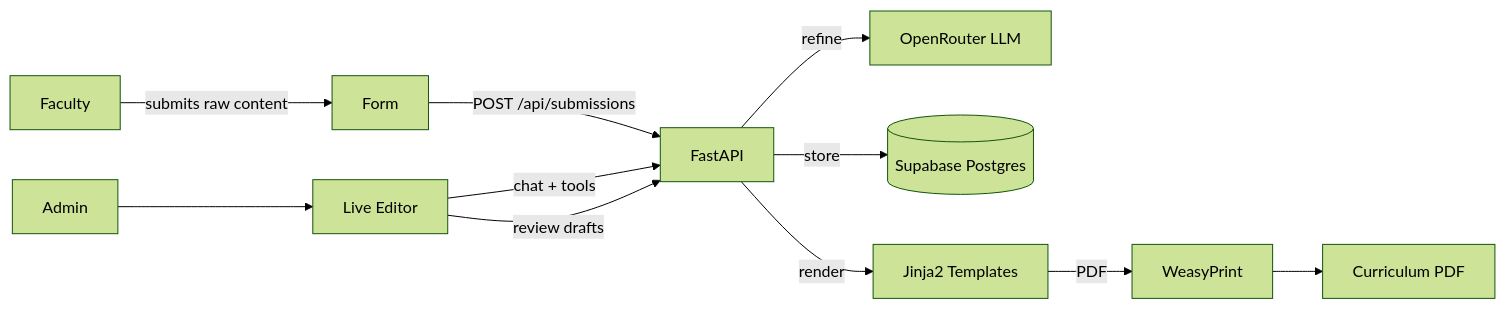
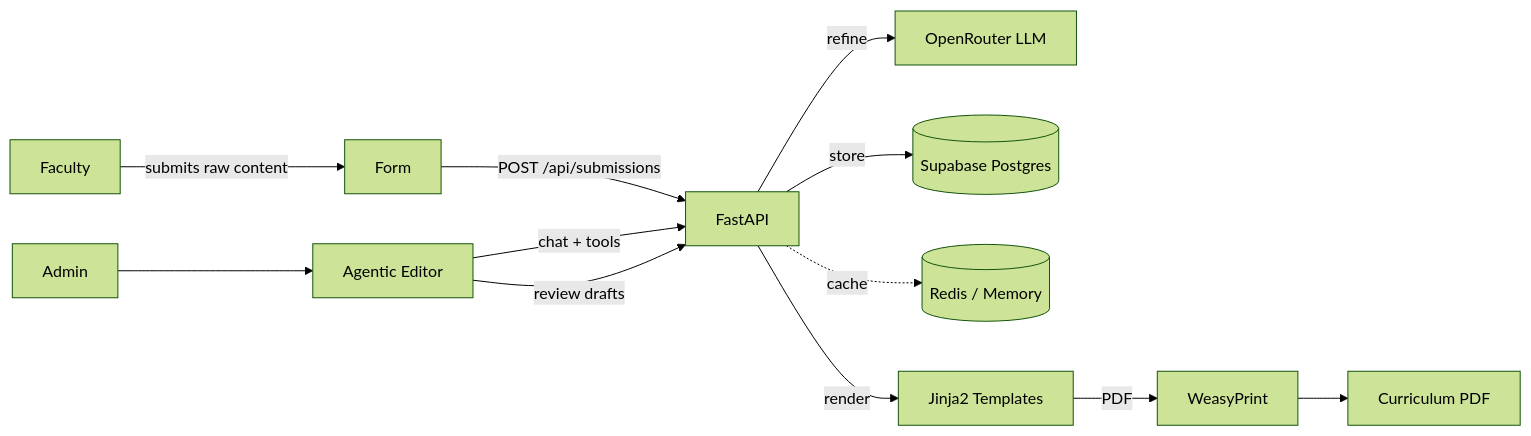
The diagram in README.md (LonelyGuy-SE1/PESU-Curriculum-Automation), drawn with Mermaid (forest theme) before and after one commit. The commit also changed other lines of this file and 6 other files, not shown here.

Commit message:
docs update + ruff fix + live editor individual course fix

````diff
--- a/README.md
+++ b/README.md
@@ -39,14 +39,15 @@
 ```mermaid
 flowchart LR
     F[Faculty] -->|submits raw content| Form[Form]
     Form -->|POST /api/submissions| API[FastAPI]
     API -->|refine| LLM[OpenRouter LLM]
     API -->|store| DB[(Supabase Postgres)]
+    API -.->|cache| Cache[(Redis / Memory)]
 
-    Admin[Admin] --> Editor[Live Editor]
+    Admin[Admin] --> Editor[Agentic Editor]
     Editor -->|chat + tools| API
     Editor -->|review drafts| API
     API -->|render| Jinja2[Jinja2 Templates]
     Jinja2 -->|PDF| WeasyPrint[WeasyPrint]
     WeasyPrint --> PDF[Curriculum PDF]
 ```
````
